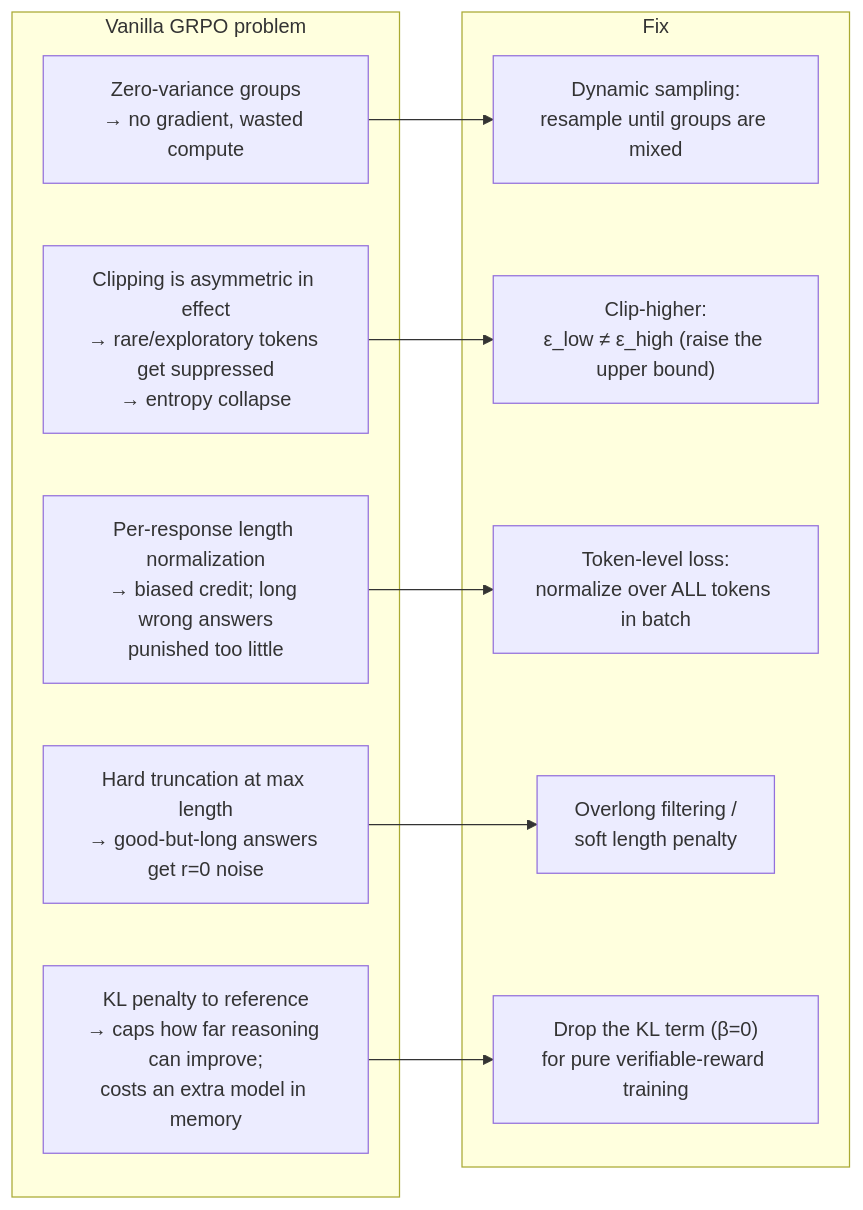
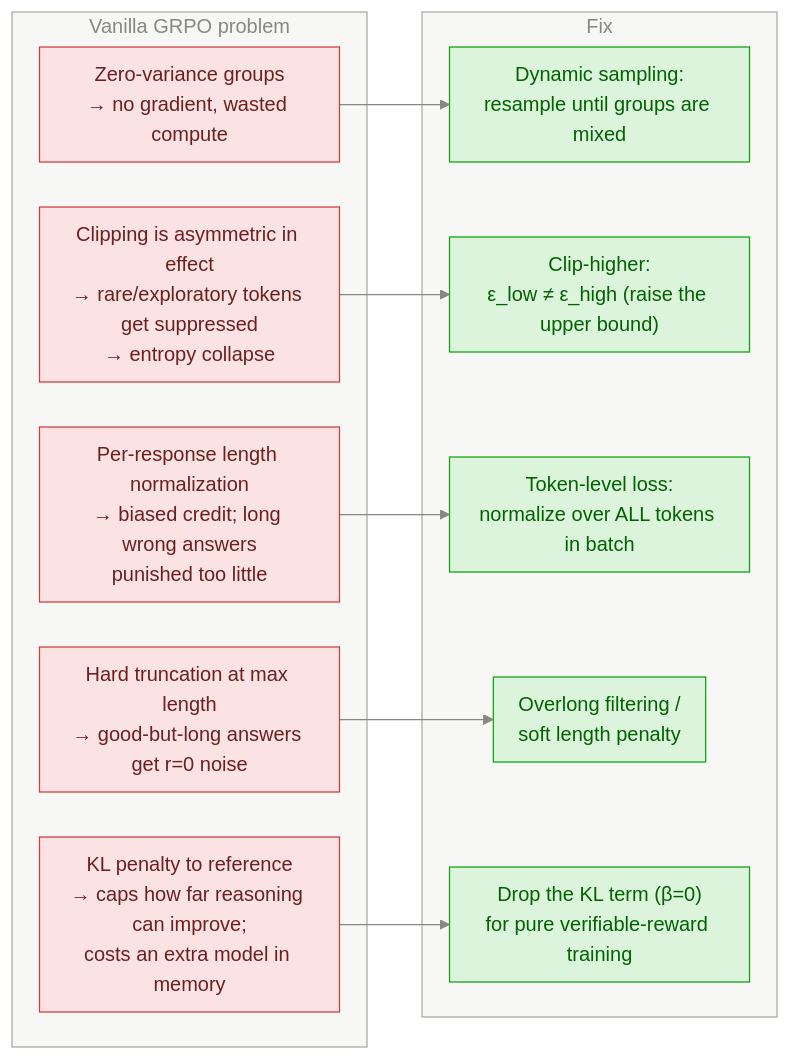
One commit to sudhanshu-shivam-dev/reasoning_model_from_scratch changed the first of 5 diagrams in study_guide/ch07_improving_grpo.md. Above: the diagram before and after it, drawn with Mermaid. The commit also changed other lines of this file and 14 other files, not shown here.

First line of the commit message:
Restyle all 54 diagrams: consistent palette, semantic colors, better spacing

````diff
--- a/study_guide/ch07_improving_grpo.md
+++ b/study_guide/ch07_improving_grpo.md
@@ -14,22 +14,27 @@
 ```mermaid
+%%{init: {"theme":"base","themeVariables":{"primaryColor":"#e0edfb","primaryTextColor":"#0d366b","primaryBorderColor":"#2a78d6","lineColor":"#898781","textColor":"#52514e","edgeLabelBackground":"#f0efec","clusterBkg":"rgba(137,135,129,0.07)","clusterBorder":"#a9a7a0","titleColor":"#898781"},"flowchart":{"nodeSpacing":36,"rankSpacing":44,"curve":"basis","padding":10}}}%%
 flowchart LR
     subgraph PROBLEMS["Vanilla GRPO problem"]
         P1["Zero-variance groups<br/>→ no gradient, wasted compute"]
         P2["Clipping is asymmetric in effect<br/>→ rare/exploratory tokens get suppressed<br/>→ entropy collapse"]
         P3["Per-response length normalization<br/>→ biased credit; long wrong answers<br/>punished too little"]
         P4["Hard truncation at max length<br/>→ good-but-long answers get r=0 noise"]
         P5["KL penalty to reference<br/>→ caps how far reasoning can improve;<br/>costs an extra model in memory"]
     end
     subgraph FIXES["Fix"]
         F1["Dynamic sampling:<br/>resample until groups are mixed"]
         F2["Clip-higher:<br/>ε_low ≠ ε_high (raise the upper bound)"]
         F3["Token-level loss:<br/>normalize over ALL tokens in batch"]
         F4["Overlong filtering /<br/>soft length penalty"]
         F5["Drop the KL term (β=0)<br/>for pure verifiable-reward training"]
     end
     P1 --> F1
     P2 --> F2
     P3 --> F3
     P4 --> F4
     P5 --> F5
+    classDef bad fill:#fbe3e3,stroke:#d03b3b,color:#6d1f1f
+    classDef good fill:#dcf3dc,stroke:#0ca30c,color:#006300
+    class P1,P2,P3,P4,P5 bad
+    class F1,F2,F3,F4,F5 good
 ```
````
